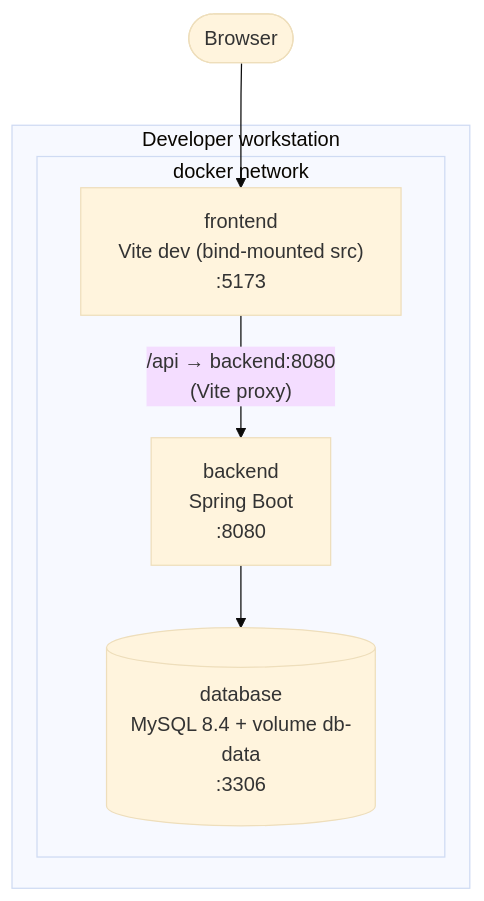
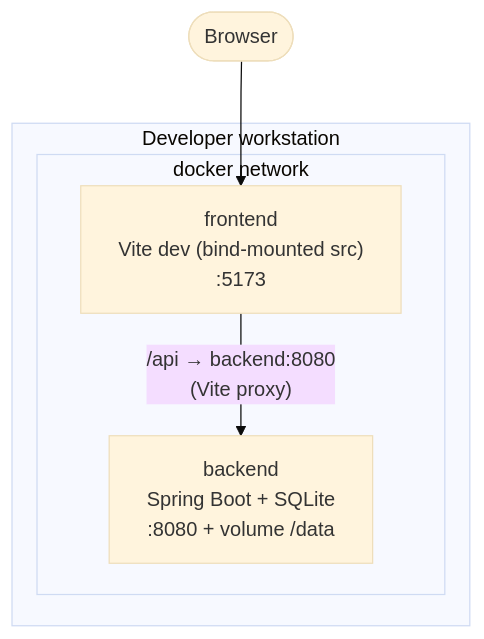
One commit to fbrase799/vehicle_configurator changed the fifth of 7 diagrams in ARCHITECTURE.md. Above: the diagram before and after it, drawn with Mermaid (base theme). The commit also changed other lines of this file and 49 other files, not shown here.

````diff
--- a/ARCHITECTURE.md
+++ b/ARCHITECTURE.md
@@ -150,13 +154,11 @@
 ```mermaid
 flowchart TB
     subgraph host[Developer workstation]
         subgraph net[docker network]
             fe["frontend<br/>Vite dev (bind-mounted src)<br/>:5173"]
-            be["backend<br/>Spring Boot<br/>:8080"]
-            db[("database<br/>MySQL 8.4 + volume db-data<br/>:3306")]
+            be["backend<br/>Spring Boot + SQLite<br/>:8080 + volume /data"]
         end
     end
     browser([Browser]) --> fe
     fe -- "/api → backend:8080<br/>(Vite proxy)" --> be
-    be --> db
 ```
````
